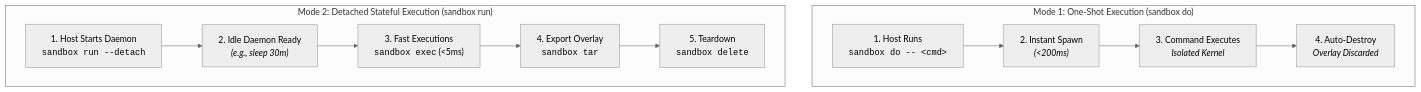
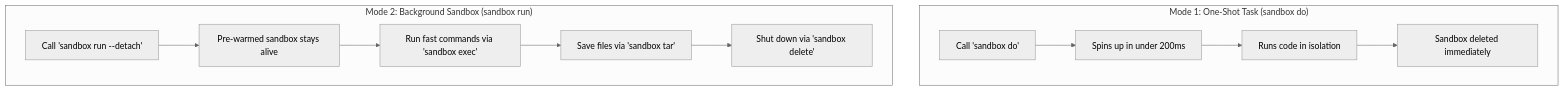
One commit to rominirani/cloud-run-sandboxes changed the third of 7 diagrams in TUTORIAL.md. Above: the diagram before and after it, drawn with Mermaid (neutral theme). The commit also changed other lines of this file, not shown here.

Commit message:
docs: simplify mermaid diagrams and refine prose for natural, human clarity

````diff
--- a/TUTORIAL.md
+++ b/TUTORIAL.md
@@ -241,12 +209,15 @@
 ```mermaid
-flowchart TB
-    subgraph ModeA ["Mode 1: One-Shot Execution (sandbox do)"]
-        direction LR
-        A1["1. Host Runs<br/><code>sandbox do -- &lt;cmd&gt;</code>"] --> A2["2. Instant Spawn<br/><i>(&lt;200ms)</i>"] --> A3["3. Command Executes<br/><i>Isolated Kernel</i>"] --> A4["4. Auto-Destroy<br/><i>Overlay Discarded</i>"]
+flowchart TD
+    subgraph Mode1 ["Mode 1: One-Shot Task (sandbox do)"]
+        A["Call 'sandbox do'"] --> B["Spins up in under 200ms"]
+        B --> C["Runs code in isolation"]
+        C --> D["Sandbox deleted immediately"]
     end
 
-    subgraph ModeB ["Mode 2: Detached Stateful Execution (sandbox run)"]
-        direction LR
-        B1["1. Host Starts Daemon<br/><code>sandbox run --detach</code>"] --> B2["2. Idle Daemon Ready<br/><i>(e.g., sleep 30m)</i>"] --> B3["3. Fast Executions<br/><code>sandbox exec</code> (&lt;5ms)"] --> B4["4. Export Overlay<br/><code>sandbox tar</code>"] --> B5["5. Teardown<br/><code>sandbox delete</code>"]
+    subgraph Mode2 ["Mode 2: Background Sandbox (sandbox run)"]
+        E["Call 'sandbox run --detach'"] --> F["Pre-warmed sandbox stays alive"]
+        F --> G["Run fast commands via 'sandbox exec'"]
+        G --> H["Save files via 'sandbox tar'"]
+        H --> I["Shut down via 'sandbox delete'"]
     end
 ```
````
